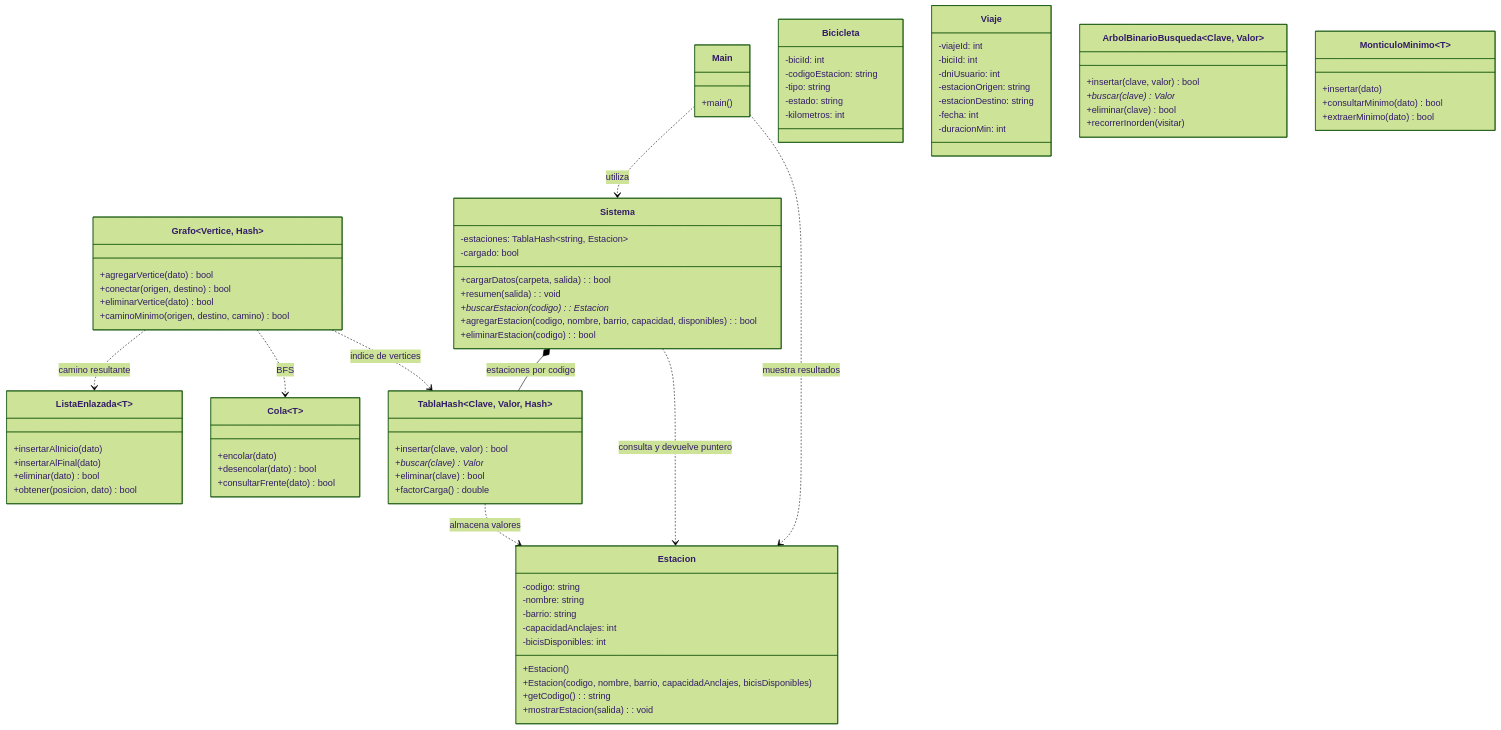
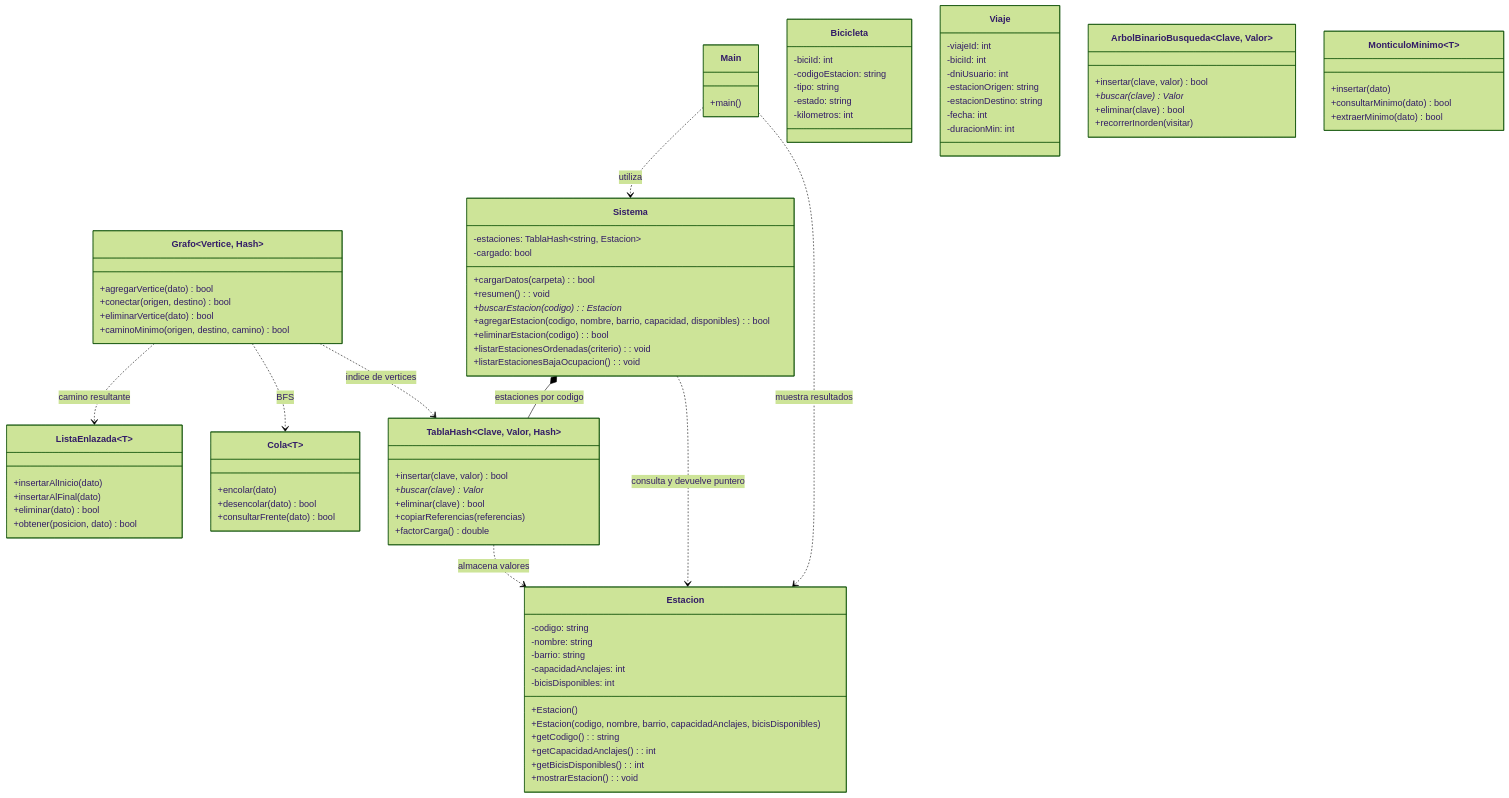
One commit to cberto/algoritmos changed the diagram in TP - Integrador/UML_ACTUAL.md. Above: the diagram before and after it, drawn with Mermaid (forest theme). The commit also changed 5 other files, not shown here.

Commit message:
Listar estaciones con 20% de ocupacion

```diff
--- a/TP - Integrador/UML_ACTUAL.md
+++ b/TP - Integrador/UML_ACTUAL.md
@@ -11,11 +11,13 @@
     class Sistema {
         -estaciones: TablaHash~string, Estacion~
         -cargado: bool
-        +cargarDatos(carpeta, salida): bool
-        +resumen(salida): void
+        +cargarDatos(carpeta): bool
+        +resumen(): void
         +buscarEstacion(codigo): Estacion*
         +agregarEstacion(codigo, nombre, barrio, capacidad, disponibles): bool
         +eliminarEstacion(codigo): bool
+        +listarEstacionesOrdenadas(criterio): void
+        +listarEstacionesBajaOcupacion(): void
     }
 
     class Estacion {
@@ -27,7 +29,9 @@
         +Estacion()
         +Estacion(codigo, nombre, barrio, capacidadAnclajes, bicisDisponibles)
         +getCodigo(): string
-        +mostrarEstacion(salida): void
+        +getCapacidadAnclajes(): int
+        +getBicisDisponibles(): int
+        +mostrarEstacion(): void
     }
 
     class Bicicleta {
@@ -65,6 +69,7 @@
         +insertar(clave, valor) bool
         +buscar(clave) Valor*
         +eliminar(clave) bool
+        +copiarReferencias(referencias)
         +factorCarga() double
     }
 
```
